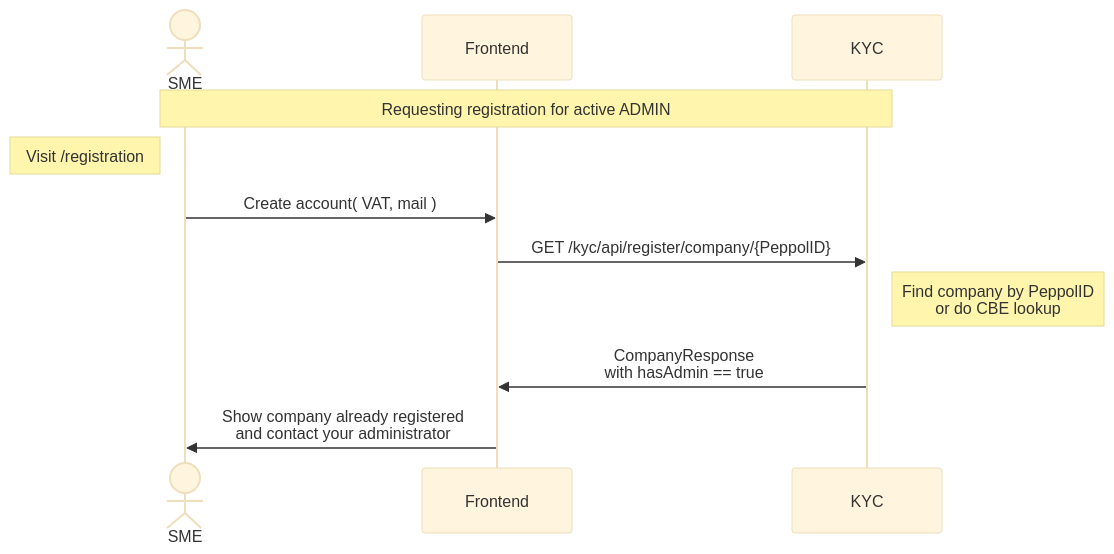
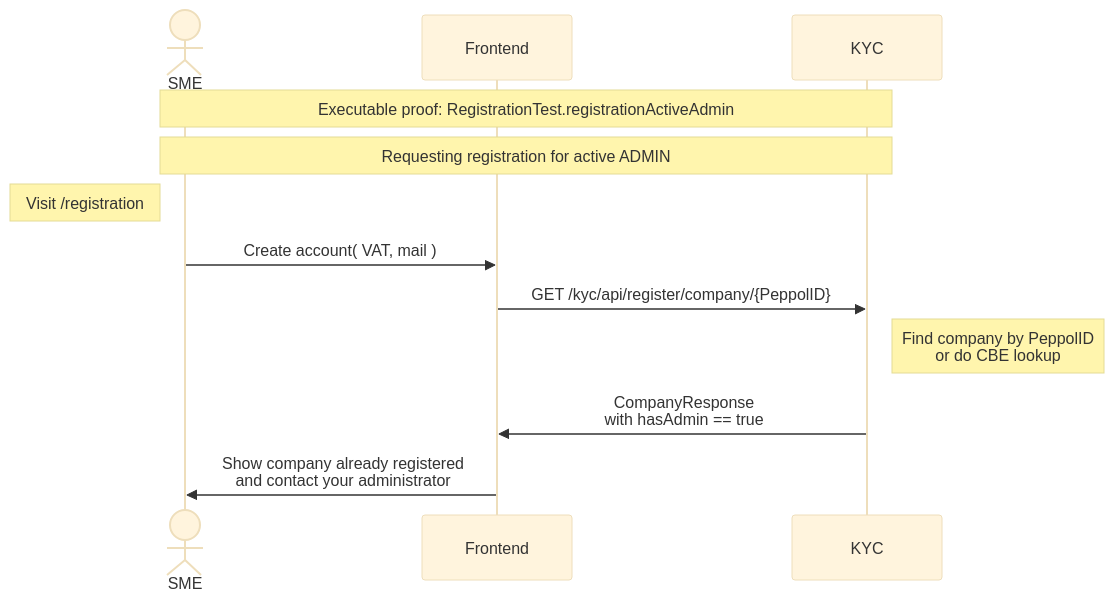
The diagram in readme/registration-active-admin.md (letspeppol/letspeppol), drawn with Mermaid (base theme) before and after one commit. The commit also changed other lines of this file and 60 other files, not shown here.

````diff
--- a/readme/registration-active-admin.md
+++ b/readme/registration-active-admin.md
@@ -3,14 +5,16 @@
 ```mermaid
 sequenceDiagram
     actor SME as SME
     participant Frontend as Frontend
     participant KYC as KYC
+
+    Note over SME, KYC: Executable proof: RegistrationTest.registrationActiveAdmin
 
 Note over SME, KYC: Requesting registration for active ADMIN
     Note left of SME: Visit /registration
     SME ->> Frontend: Create account( VAT, mail )
     Frontend ->> KYC: GET /kyc/api/register/company/{PeppolID}
     Note right of KYC: Find company by PeppolID <br> or do CBE lookup
     KYC ->> Frontend: CompanyResponse <br> with hasAdmin == true
     Frontend ->> SME: Show company already registered <br> and contact your administrator
 ```
````
